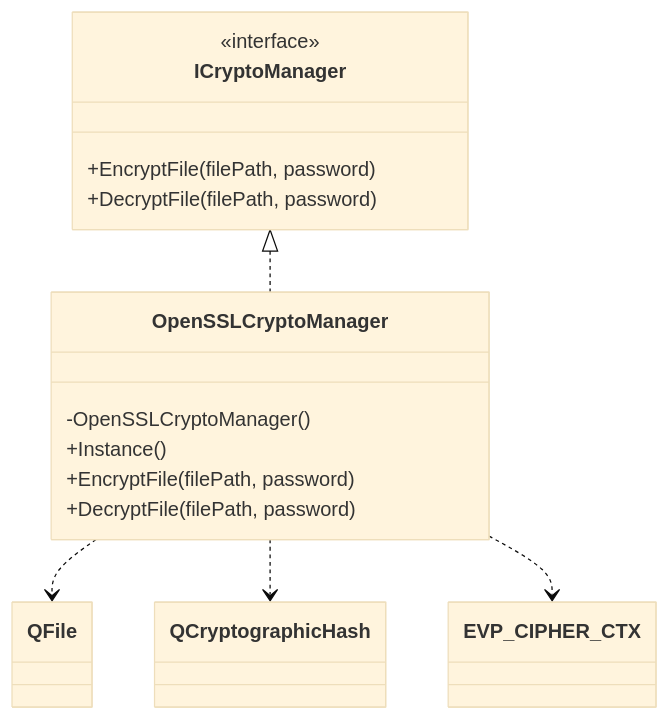
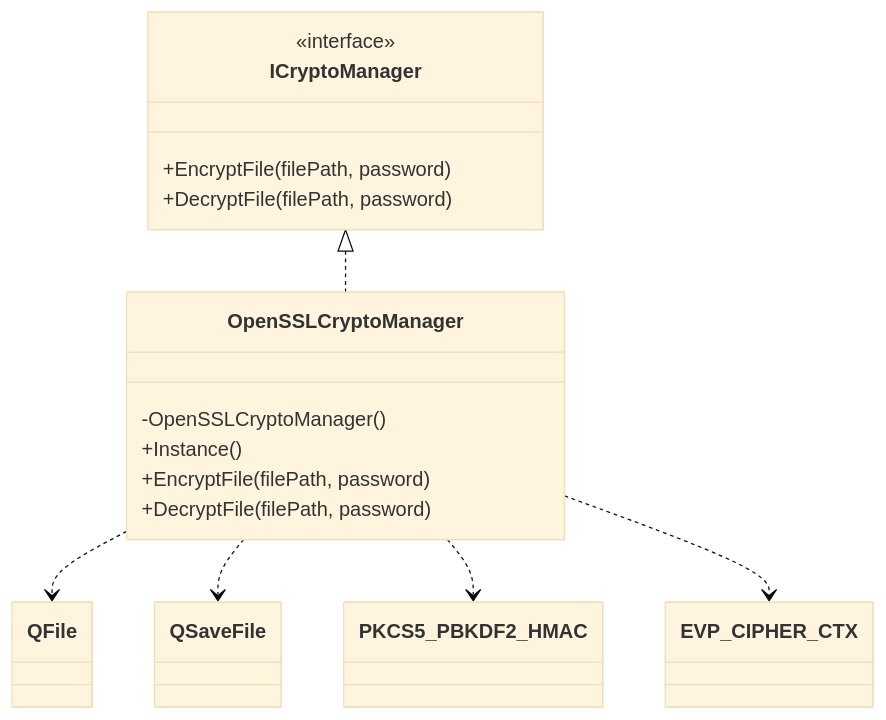
One commit to artoshechka/development_of_information_security_tools_lab_1 changed the first of 3 diagrams in README.md. Above: the diagram before and after it, drawn with Mermaid (base theme). The commit also changed other lines of this file and 3 other files, not shown here.

Commit message:
refactor: migrate crypto flow to AES-256-GCM -- переход на AEAD (AES-256-GCM) -- упрощено выведение ключа через PBKDF2 -- добавлена проверка тега и очищение чувствительных данных из памяти

````diff
--- a/README.md
+++ b/README.md
@@ -30,29 +53,33 @@
 ```mermaid
 classDiagram
     class ICryptoManager {
         <<interface>>
         +EncryptFile(filePath, password)
         +DecryptFile(filePath, password)
     }
 
     class OpenSSLCryptoManager {
         -OpenSSLCryptoManager()
         +Instance()
         +EncryptFile(filePath, password)
         +DecryptFile(filePath, password)
     }
 
     class QFile {
     }
 
-    class QCryptographicHash {
+    class QSaveFile {
+    }
+
+    class PKCS5_PBKDF2_HMAC {
     }
 
     class EVP_CIPHER_CTX {
     }
 
     ICryptoManager <|.. OpenSSLCryptoManager
     OpenSSLCryptoManager ..> QFile
-    OpenSSLCryptoManager ..> QCryptographicHash
+    OpenSSLCryptoManager ..> QSaveFile
+    OpenSSLCryptoManager ..> PKCS5_PBKDF2_HMAC
     OpenSSLCryptoManager ..> EVP_CIPHER_CTX
 ```
````
